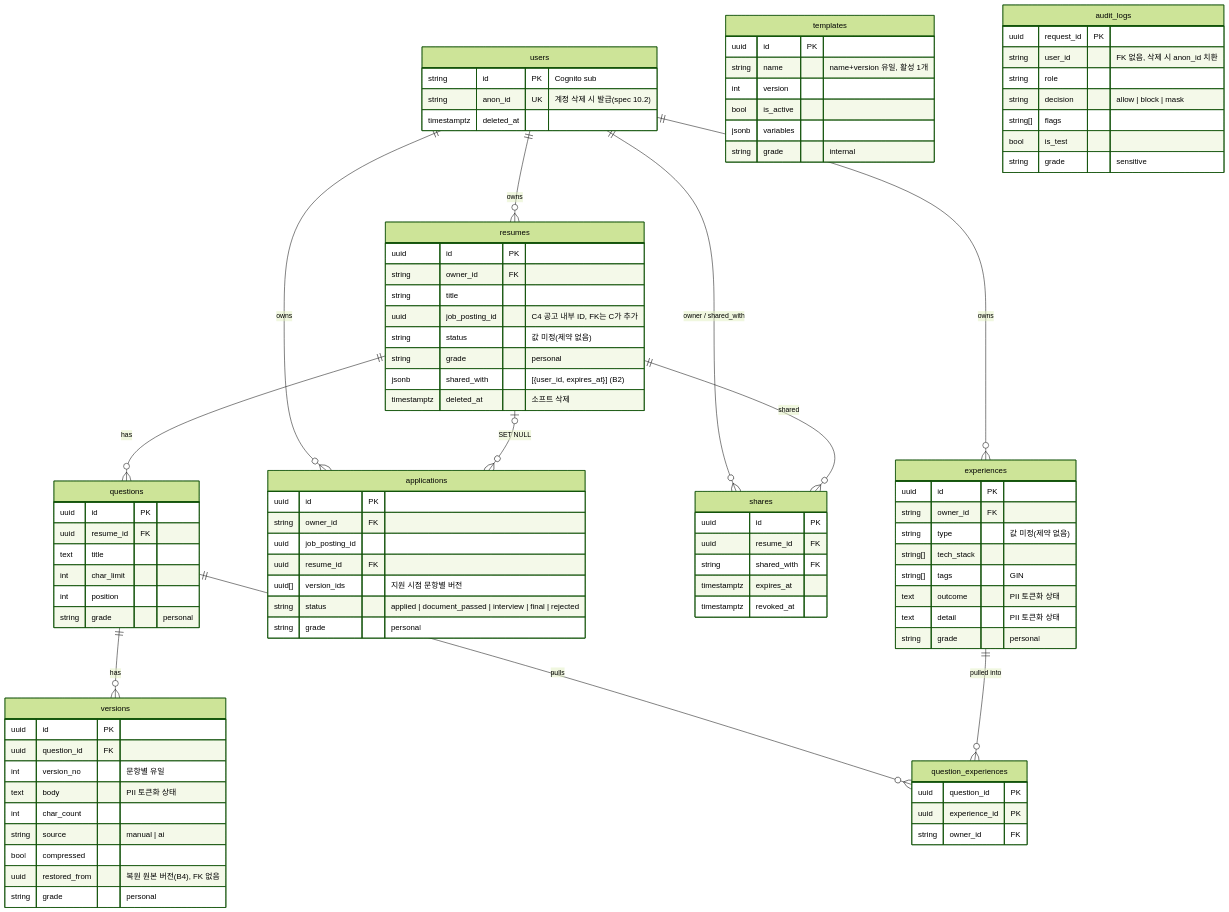
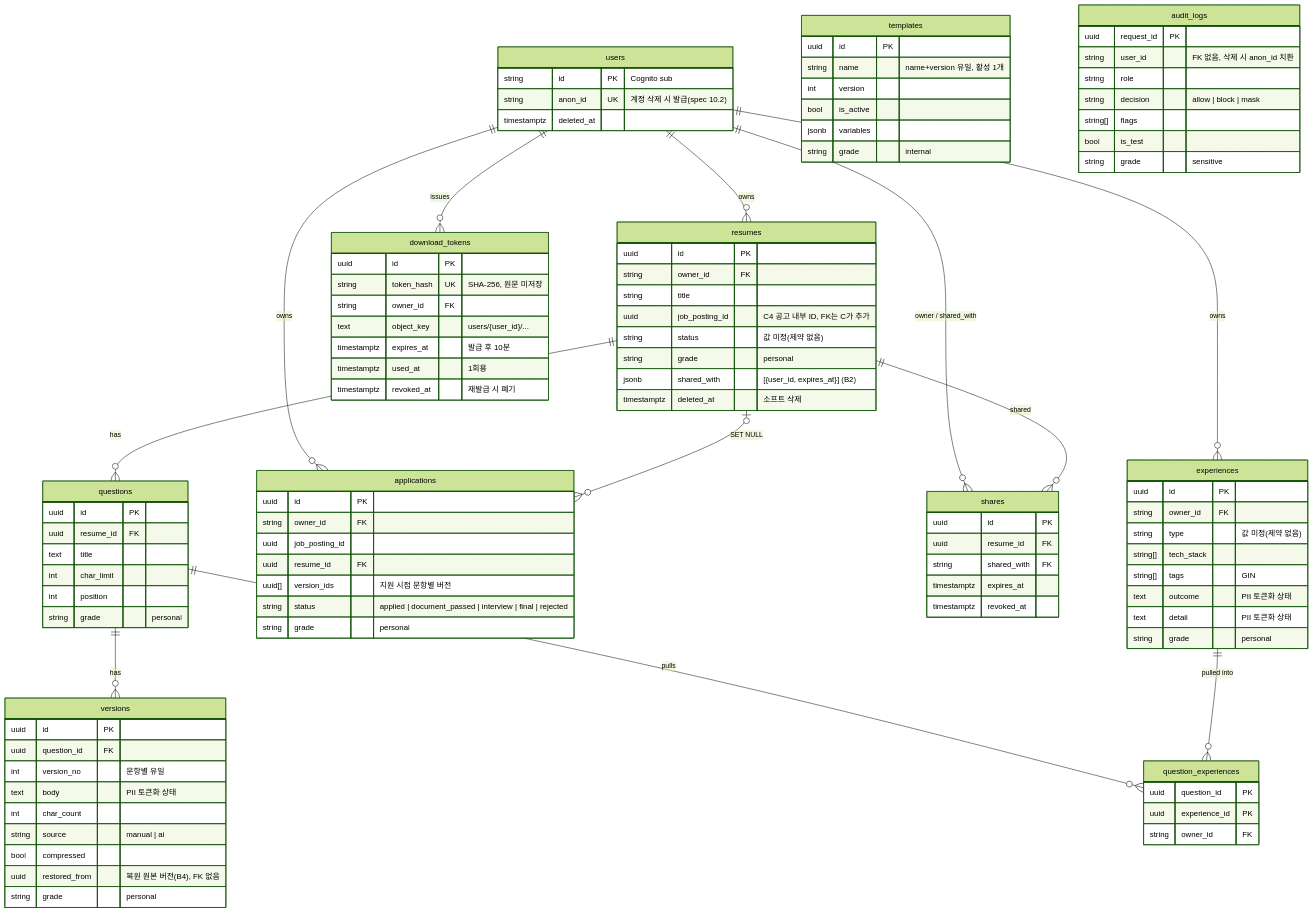
The diagram in app/app/models/README.md (TL-cg11/nesume), drawn with Mermaid (forest theme) before and after one commit. The commit also changed other lines of this file and 1 other file, not shown here.

Commit message:
docs(B6): 모델 문서 갱신, 단계 진행 문서

```diff
--- a/app/app/models/README.md
+++ b/app/app/models/README.md
@@ -11,6 +11,7 @@
     users ||--o{ experiences : owns
     users ||--o{ applications : owns
     users ||--o{ shares : "owner / shared_with"
+    users ||--o{ download_tokens : issues
     resumes ||--o{ questions : has
     questions ||--o{ versions : has
     resumes ||--o{ shares : shared
@@ -67,6 +68,15 @@
         uuid experience_id PK
         string owner_id FK
     }
+    download_tokens {
+        uuid id PK
+        string token_hash UK "SHA-256, 원문 미저장"
+        string owner_id FK
+        text object_key "users/{user_id}/..."
+        timestamptz expires_at "발급 후 10분"
+        timestamptz used_at "1회용"
+        timestamptz revoked_at "재발급 시 폐기"
+    }
     shares {
         uuid id PK
         uuid resume_id FK
```
